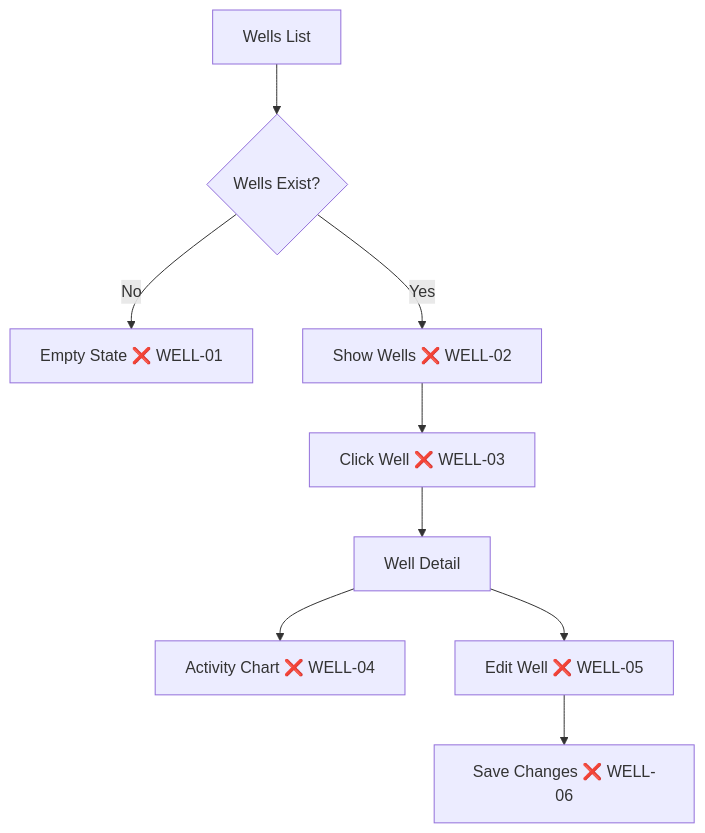
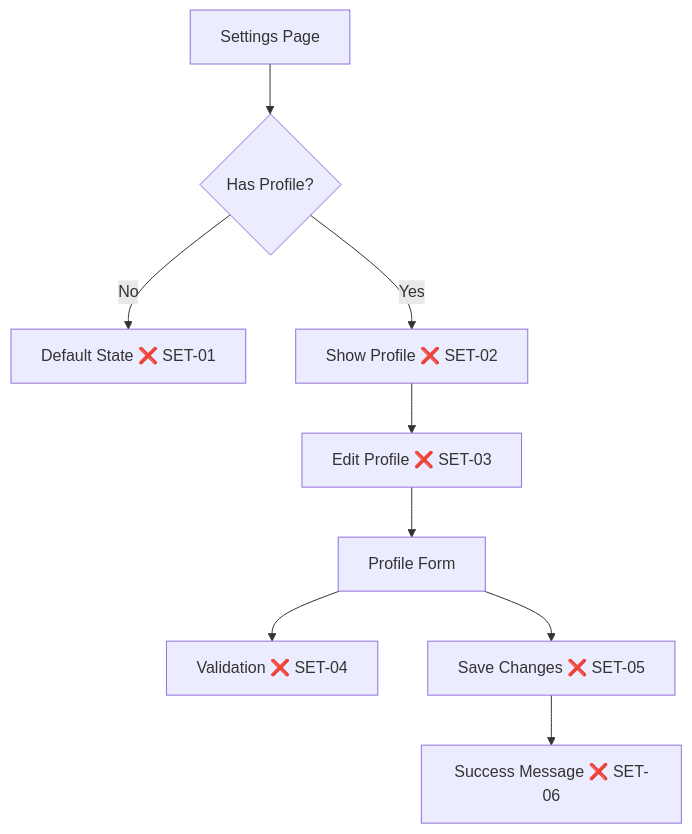
Before and after one commit to srpadrono/Pathfinder: the third of 3 diagrams in assets/USER-JOURNEYS-TEMPLATE.md, drawn with Mermaid. The commit also changed other lines of this file and 24 other files, not shown here.

````diff
--- a/assets/USER-JOURNEYS-TEMPLATE.md
+++ b/assets/USER-JOURNEYS-TEMPLATE.md
@@ -85,11 +87,11 @@
 ```mermaid
 graph TD
-    A[Wells List] --> B{Wells Exist?}
-    B -->|No| C[Empty State ❌ WELL-01]
-    B -->|Yes| D[Show Wells ❌ WELL-02]
-    D --> E[Click Well ❌ WELL-03]
-    E --> F[Well Detail]
-    F --> G[Activity Chart ❌ WELL-04]
-    F --> H[Edit Well ❌ WELL-05]
-    H --> I[Save Changes ❌ WELL-06]
+    A[Settings Page] --> B{Has Profile?}
+    B -->|No| C[Default State ❌ SET-01]
+    B -->|Yes| D[Show Profile ❌ SET-02]
+    D --> E[Edit Profile ❌ SET-03]
+    E --> F[Profile Form]
+    F --> G[Validation ❌ SET-04]
+    F --> H[Save Changes ❌ SET-05]
+    H --> I[Success Message ❌ SET-06]
 ```
````
